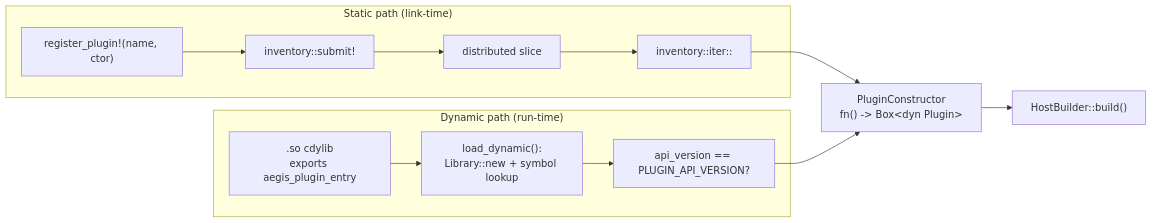
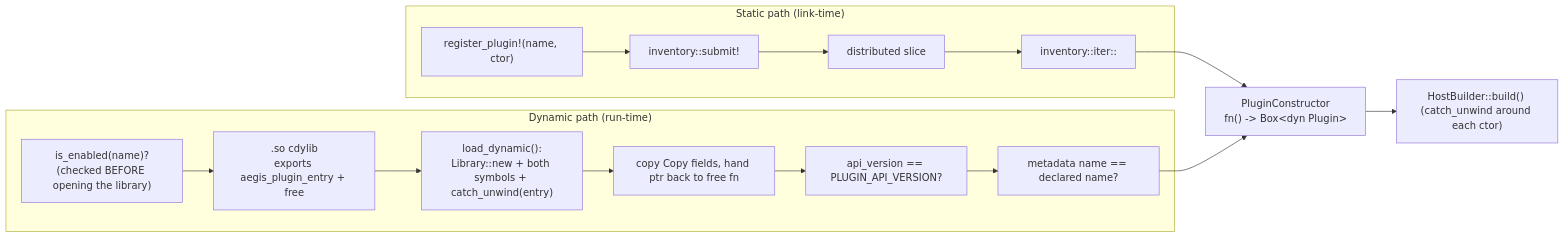
One commit to AnthonyHerman/insider-threat-profiling changed the fourth of 9 diagrams in docs/ARCHITECTURE.md. Above: the diagram before and after it, drawn with Mermaid. The commit also changed other lines of this file and 7 other files, not shown here.

````diff
--- a/docs/ARCHITECTURE.md
+++ b/docs/ARCHITECTURE.md
@@ -399,15 +437,18 @@
 ```mermaid
 flowchart LR
   subgraph Static["Static path (link-time)"]
     M["register_plugin!(name, ctor)"] --> SUBMIT["inventory::submit!"]
     SUBMIT --> SLICE["distributed slice"]
     SLICE --> ITER["inventory::iter::<PluginRegistration>"]
   end
   subgraph Dynamic["Dynamic path (run-time)"]
-    SO[".so cdylib\nexports aegis_plugin_entry"] --> LOOK["load_dynamic():\nLibrary::new + symbol lookup"]
-    LOOK --> VER["api_version == PLUGIN_API_VERSION?"]
+    EN["is_enabled(name)?\n(checked BEFORE opening the library)"] --> SO[".so cdylib\nexports aegis_plugin_entry + free"]
+    SO --> LOOK["load_dynamic():\nLibrary::new + both symbols + catch_unwind(entry)"]
+    LOOK --> FREE["copy Copy fields, hand ptr back to free fn"]
+    FREE --> VER["api_version == PLUGIN_API_VERSION?"]
+    VER --> NAME["metadata name == declared name?"]
   end
   ITER --> CTOR["PluginConstructor\nfn() -> Box&lt;dyn Plugin&gt;"]
-  VER --> CTOR
-  CTOR --> HOST["HostBuilder::build()"]
+  NAME --> CTOR
+  CTOR --> HOST["HostBuilder::build() (catch_unwind around each ctor)"]
 ```
````
